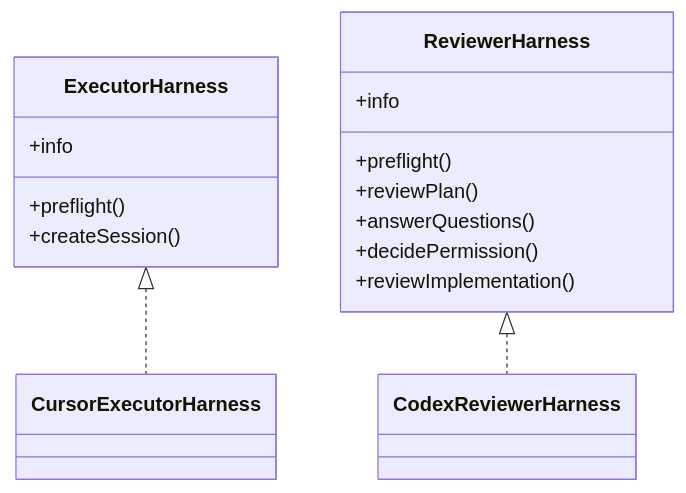
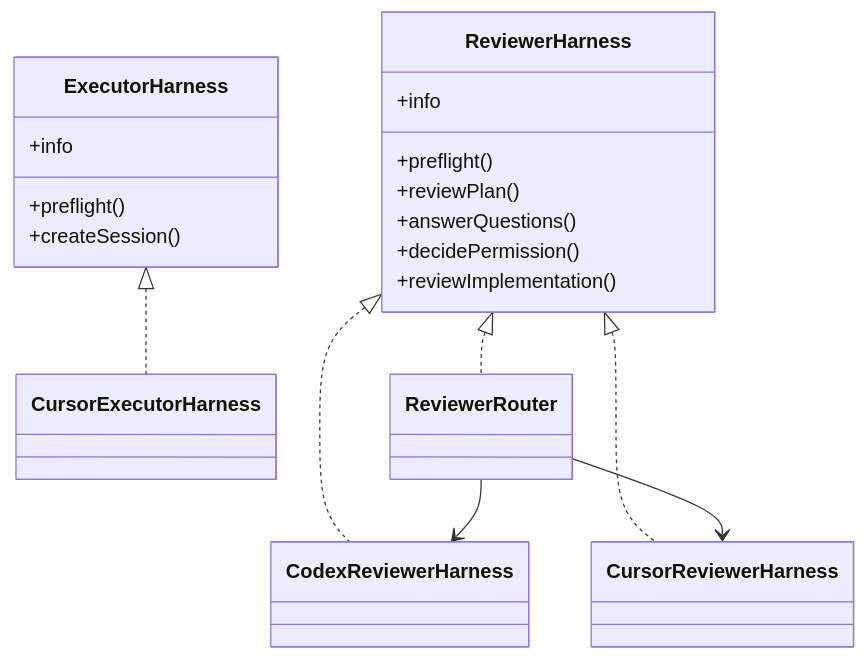
The diagram in docs/harnesses.md (blackandcode/ai-universal-coding-harness), drawn with Mermaid before and after one commit. The commit also changed other lines of this file and 94 other files, not shown here.

````diff
--- a/docs/harnesses.md
+++ b/docs/harnesses.md
@@ -44,18 +69,22 @@
 ```mermaid
 classDiagram
   class ExecutorHarness {
     +info
     +preflight()
     +createSession()
   }
   class ReviewerHarness {
     +info
     +preflight()
     +reviewPlan()
     +answerQuestions()
     +decidePermission()
     +reviewImplementation()
   }
   ExecutorHarness <|.. CursorExecutorHarness
+  ReviewerHarness <|.. ReviewerRouter
   ReviewerHarness <|.. CodexReviewerHarness
+  ReviewerHarness <|.. CursorReviewerHarness
+  ReviewerRouter --> CodexReviewerHarness
+  ReviewerRouter --> CursorReviewerHarness
 ```
````
